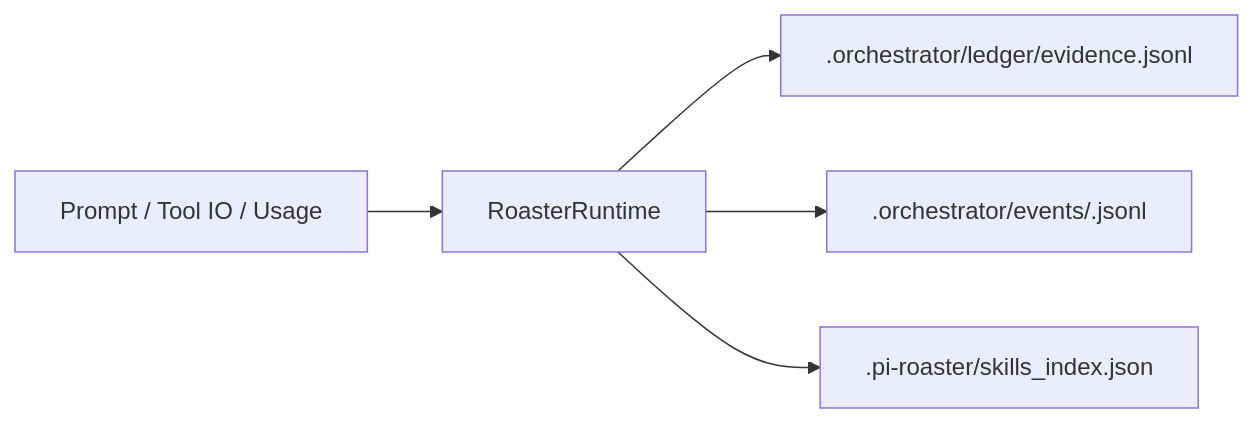
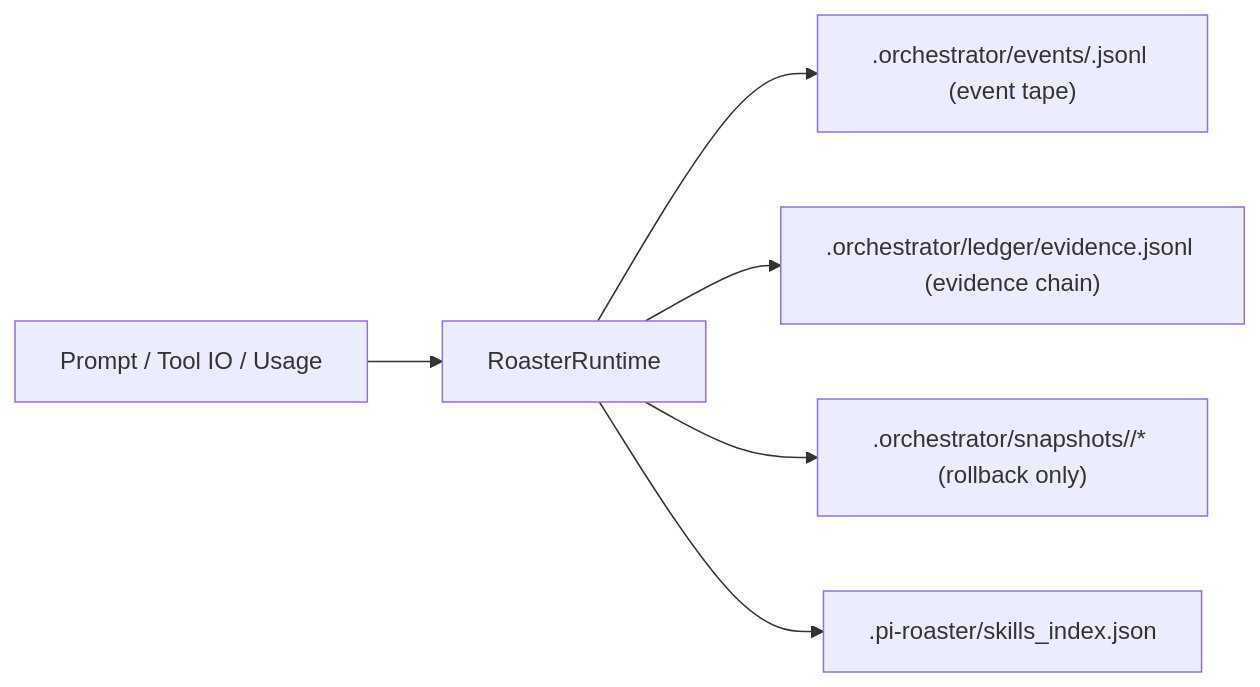
One commit to arcthur/brewva changed the third of 5 diagrams in docs/architecture/control-and-data-flow.md. Above: the diagram before and after it, drawn with Mermaid. The commit also changed other lines of this file and 15 other files, not shown here.

````diff
--- a/docs/architecture/control-and-data-flow.md
+++ b/docs/architecture/control-and-data-flow.md
@@ -32,7 +50,8 @@
 ```mermaid
 flowchart LR
   INPUT["Prompt / Tool IO / Usage"] --> RT["RoasterRuntime"]
-  RT --> LEDGER[".orchestrator/ledger/evidence.jsonl"]
-  RT --> EVENTS[".orchestrator/events/<session>.jsonl"]
+  RT --> EVENTS[".orchestrator/events/<session>.jsonl (event tape)"]
+  RT --> LEDGER[".orchestrator/ledger/evidence.jsonl (evidence chain)"]
+  RT --> SNAP[".orchestrator/snapshots/<session>/* (rollback only)"]
   RT --> INDEX[".pi-roaster/skills_index.json"]
 ```
````
